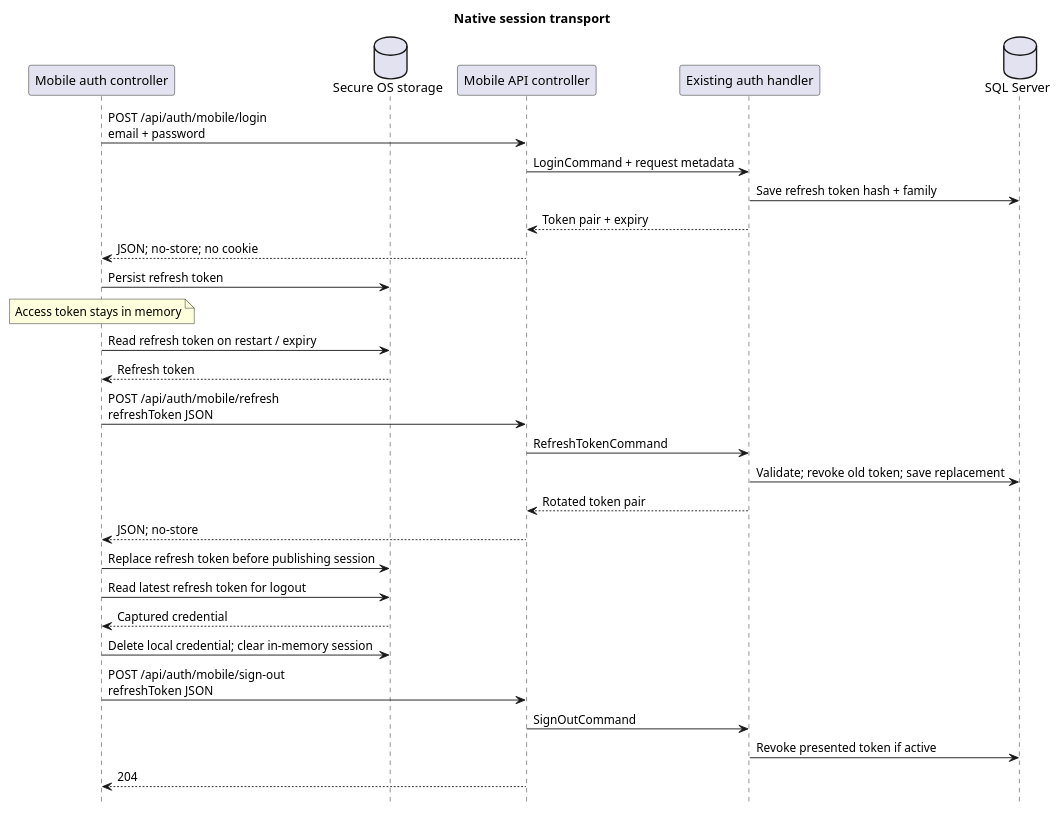
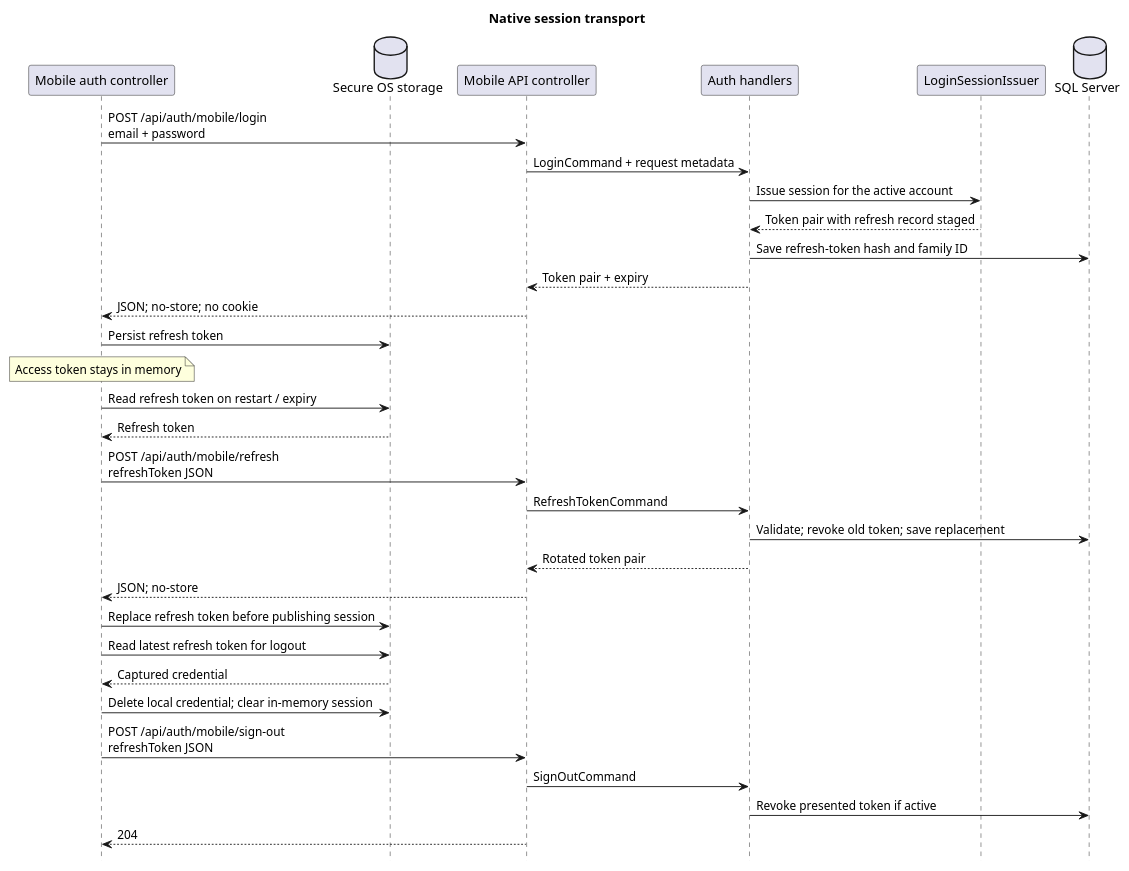
One commit to JStec0312/Tutoring-CRM-System changed the diagram in docs/technical_docs/backend_docs/user_stories/us_002/diagrams/mobile_session.puml. Above: the diagram before and after it, drawn with PlantUML. The commit also changed 106 other files, not shown here.

```diff
--- a/docs/technical_docs/backend_docs/user_stories/us_002/diagrams/mobile_session.puml
+++ b/docs/technical_docs/backend_docs/user_stories/us_002/diagrams/mobile_session.puml
@@ -1,31 +1,34 @@
 @startuml
 title Native session transport
 hide footbox
 participant "Mobile auth controller" as Client
 database "Secure OS storage" as Store
 participant "Mobile API controller" as API
-participant "Existing auth handler" as Handler
+participant "Auth handlers" as Handler
+participant LoginSessionIssuer
 database "SQL Server" as DB
 Client -> API : POST /api/auth/mobile/login\nemail + password
 API -> Handler : LoginCommand + request metadata
-Handler -> DB : Save refresh token hash + family
+Handler -> LoginSessionIssuer : Issue session for the active account
+LoginSessionIssuer --> Handler : Token pair with refresh record staged
+Handler -> DB : Save refresh-token hash and family ID
 Handler --> API : Token pair + expiry
 API --> Client : JSON; no-store; no cookie
 Client -> Store : Persist refresh token
 note over Client : Access token stays in memory
 Client -> Store : Read refresh token on restart / expiry
 Store --> Client : Refresh token
 Client -> API : POST /api/auth/mobile/refresh\nrefreshToken JSON
 API -> Handler : RefreshTokenCommand
 Handler -> DB : Validate; revoke old token; save replacement
 Handler --> API : Rotated token pair
 API --> Client : JSON; no-store
 Client -> Store : Replace refresh token before publishing session
 Client -> Store : Read latest refresh token for logout
 Store --> Client : Captured credential
 Client -> Store : Delete local credential; clear in-memory session
 Client -> API : POST /api/auth/mobile/sign-out\nrefreshToken JSON
 API -> Handler : SignOutCommand
 Handler -> DB : Revoke presented token if active
 API --> Client : 204
 @enduml
```
